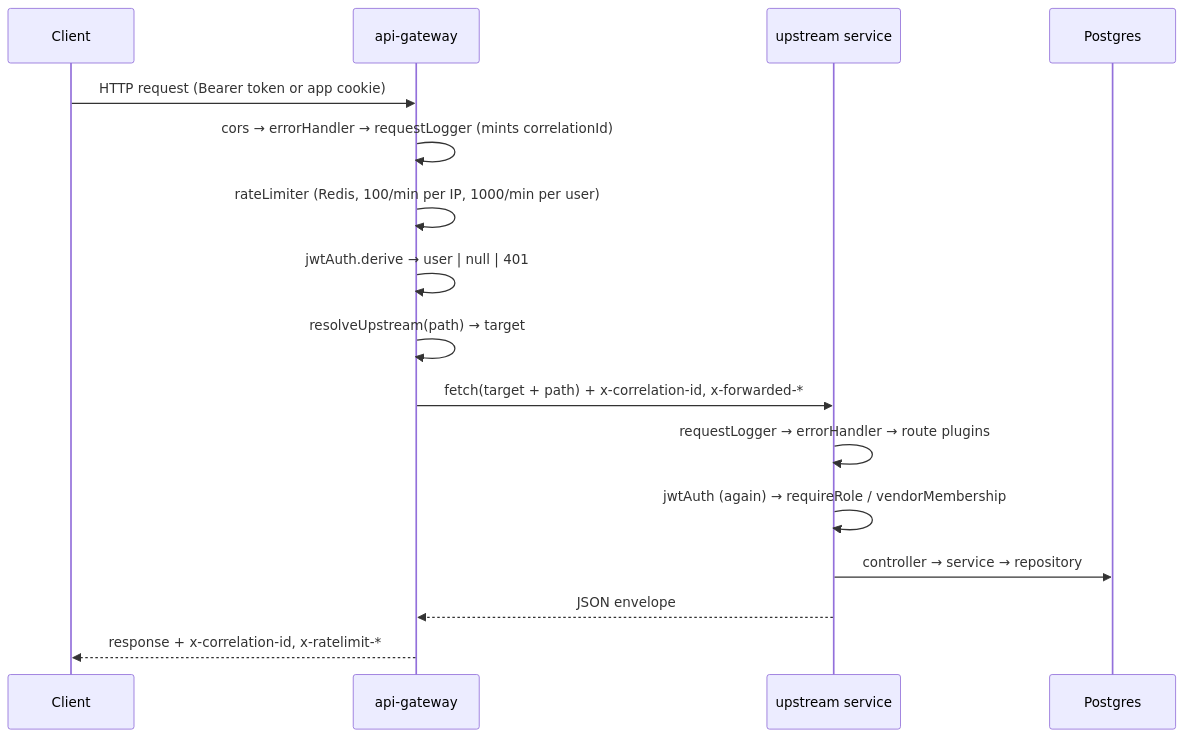
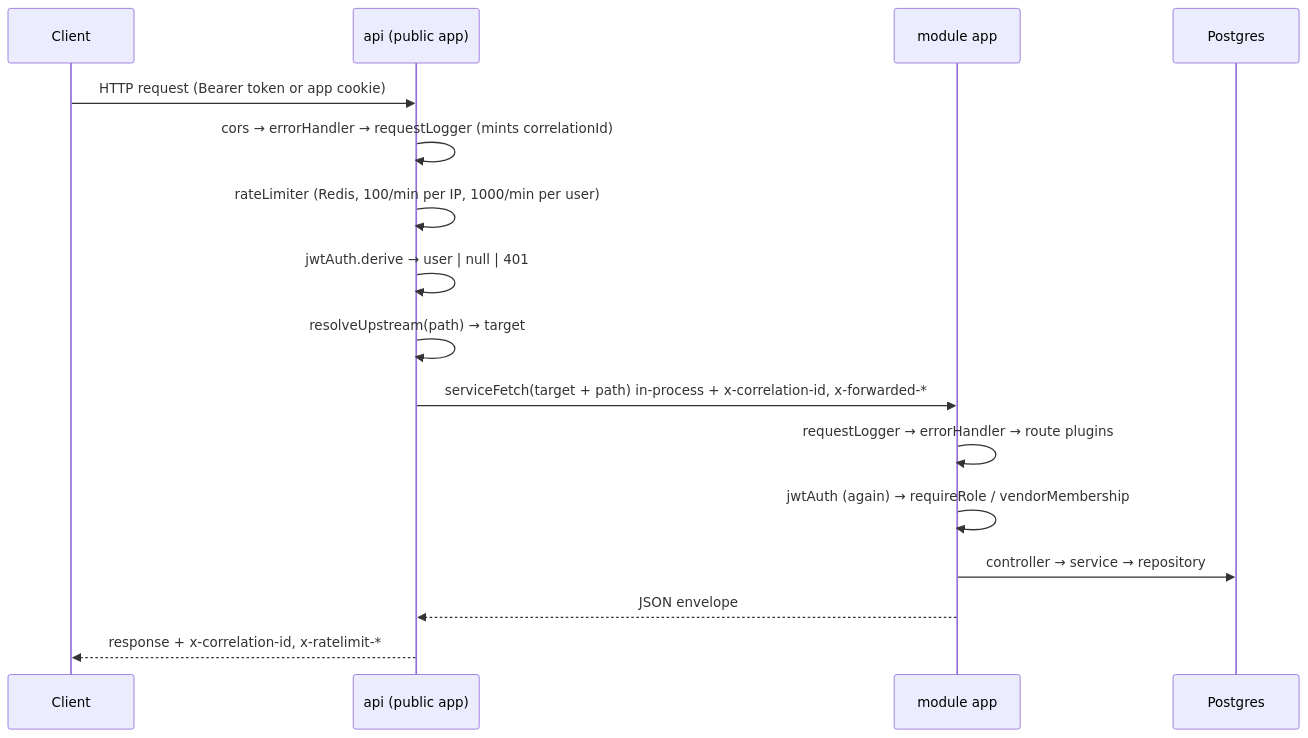
The second of 2 diagrams in docs/backend/01-architecture.md (ismailfarisi/materialhub), drawn with Mermaid before and after one commit. The commit also changed other lines of this file and 30 other files, not shown here.

First line of the commit message:
WIP: point deploy, CI and local dev at the single api process

````diff
--- a/docs/backend/01-architecture.md
+++ b/docs/backend/01-architecture.md
@@ -104,19 +110,19 @@
 ```mermaid
 sequenceDiagram
     participant C as Client
-    participant G as api-gateway
-    participant S as upstream service
+    participant G as api (public app)
+    participant S as module app
     participant DB as Postgres
 
     C->>G: HTTP request (Bearer token or app cookie)
     G->>G: cors → errorHandler → requestLogger (mints correlationId)
     G->>G: rateLimiter (Redis, 100/min per IP, 1000/min per user)
     G->>G: jwtAuth.derive → user | null | 401
     G->>G: resolveUpstream(path) → target
-    G->>S: fetch(target + path) + x-correlation-id, x-forwarded-*
+    G->>S: serviceFetch(target + path) in-process + x-correlation-id, x-forwarded-*
     S->>S: requestLogger → errorHandler → route plugins
     S->>S: jwtAuth (again) → requireRole / vendorMembership
     S->>DB: controller → service → repository
     S-->>G: JSON envelope
     G-->>C: response + x-correlation-id, x-ratelimit-*
 ```
````
